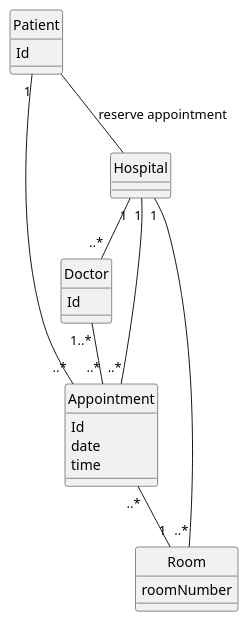
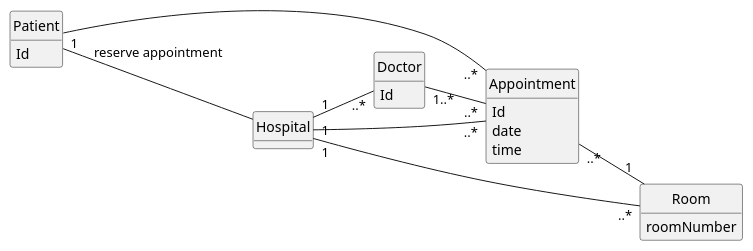
The diagram in diagrams/bookingDomainModel.puml (MrNegnar/hospitalBookingManagerModule), drawn with PlantUML before and after one commit. The commit also changed 1 other file, not shown here.

Commit message:
initial sequence diagram

```diff
--- a/diagrams/bookingDomainModel.puml
+++ b/diagrams/bookingDomainModel.puml
@@ -1,34 +1,36 @@
 @startuml Booking domain model
+left to right direction
 hide circle
+hide method
 
 class Patient{
   Id
 }
 
 class Doctor{
   Id
 }
 
 class Appointment{
   Id
   date
   time
 }
 
 class Room{
   roomNumber
 }
 
 class Hospital{
 
 }
 
 Patient -- Hospital : reserve appointment
 Hospital "1" -- "..*" Appointment
 Hospital "1" -- "..*" Doctor
 Hospital "1" -- "..*" Room
 Patient "1" -- "..*" Appointment
 Doctor "1..*" -- "..*" Appointment
 Appointment "..*" -- "1" Room
 
 @enduml
```
